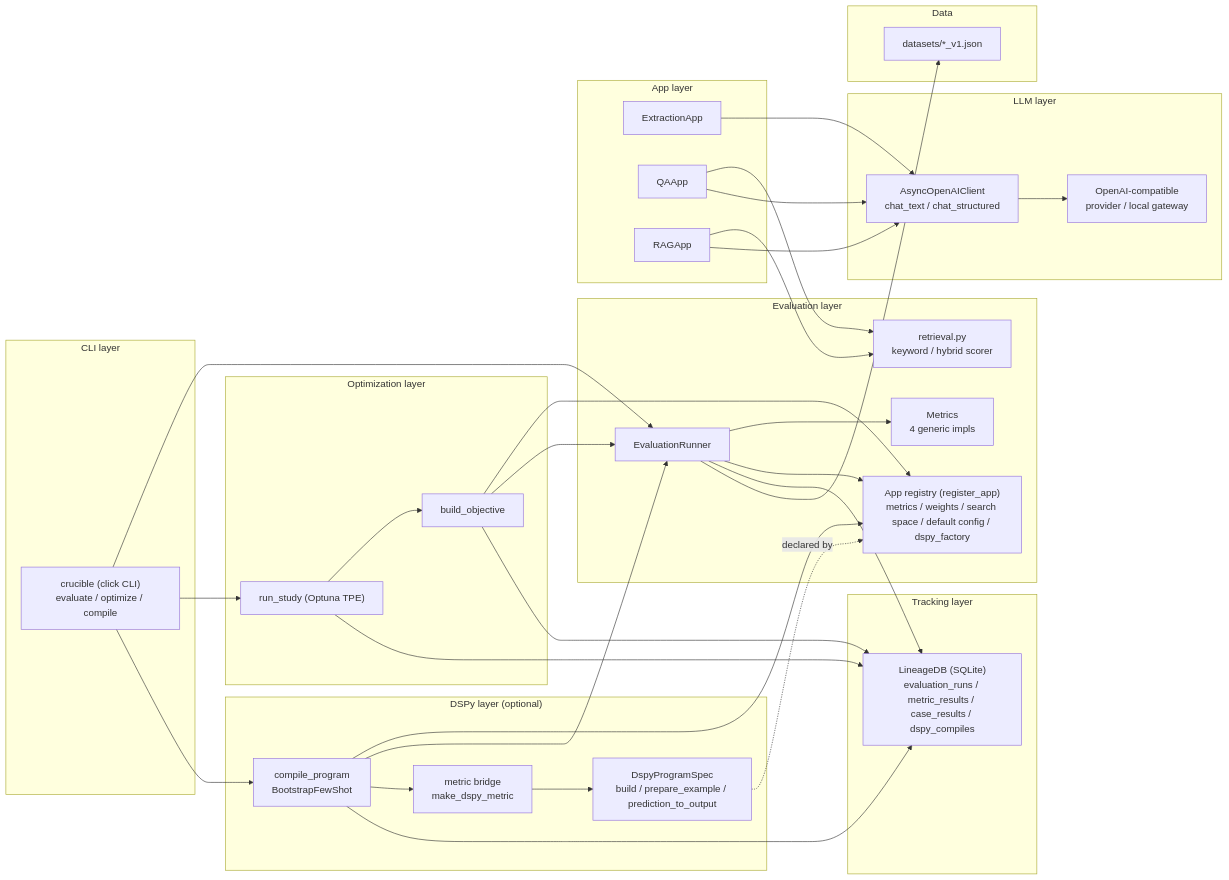
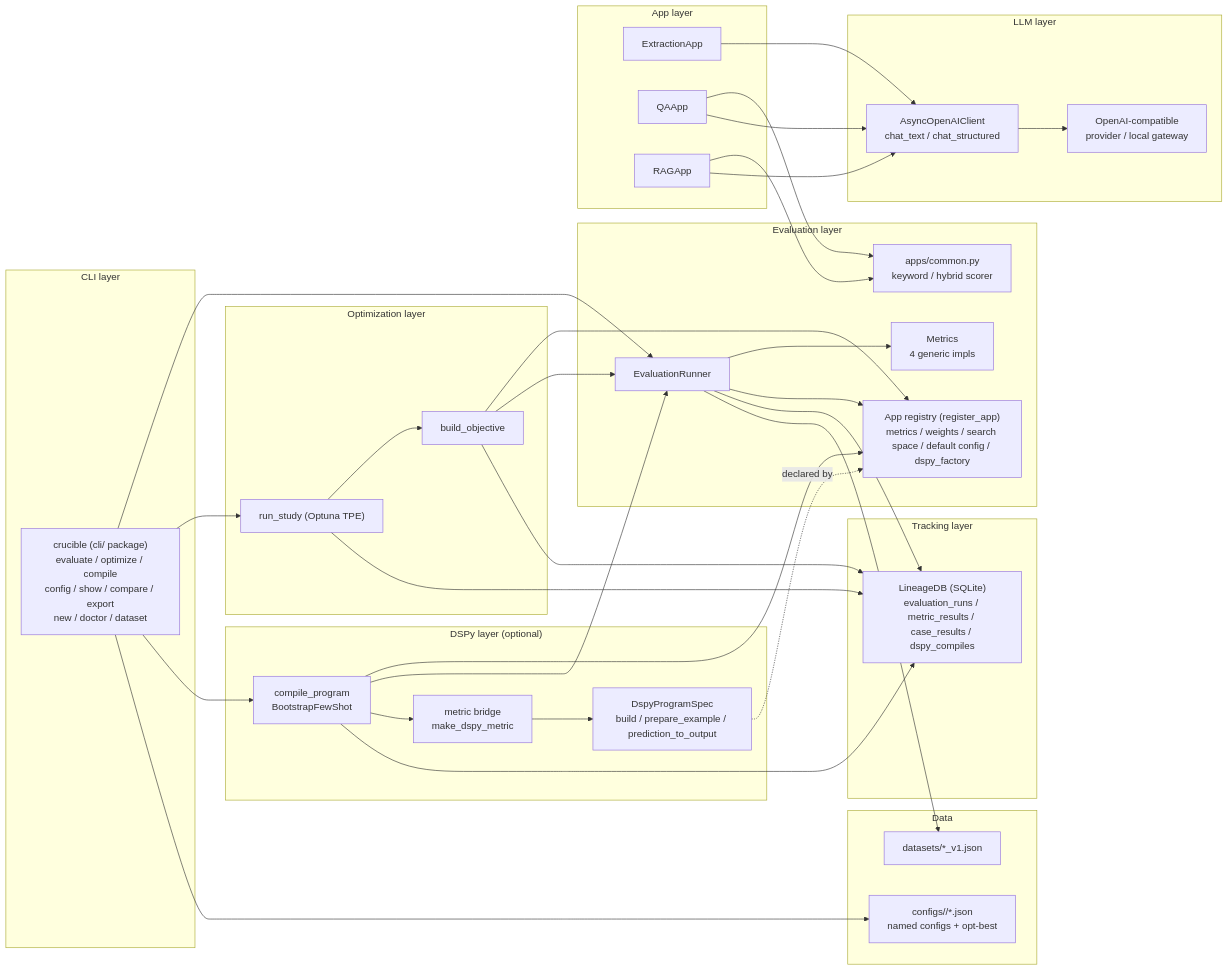
Before and after one commit to gamberooni/refinely: the first of 7 diagrams in docs/architecture.md, drawn with Mermaid. The commit also changed other lines of this file and 80 other files, not shown here.

First line of the commit message:
feat: named configs, run tags, model axis, dev ergonomics, cli package

````diff
--- a/docs/architecture.md
+++ b/docs/architecture.md
@@ -33,68 +35,70 @@
 ```mermaid
 flowchart LR
     subgraph CLI["CLI layer"]
-        C["crucible (click CLI)<br/>evaluate / optimize / compile"]
+        C["crucible (cli/ package)<br/>evaluate / optimize / compile<br/>config / show / compare / export<br/>new / doctor / dataset"]
     end
 
     subgraph EVAL["Evaluation layer"]
         RUN["EvaluationRunner"]
         MET["Metrics<br/>4 generic impls"]
         REG["App registry (register_app)<br/>metrics / weights / search space / default config / dspy_factory"]
-        RT["retrieval.py<br/>keyword / hybrid scorer"]
+        RT["apps/common.py<br/>keyword / hybrid scorer"]
     end
 
     subgraph OPT["Optimization layer"]
         OBJ["build_objective"]
         ST["run_study (Optuna TPE)"]
     end
 
     subgraph DSPY["DSPy layer (optional)"]
         SPEC["DspyProgramSpec<br/>build / prepare_example / prediction_to_output"]
         BRG["metric bridge<br/>make_dspy_metric"]
         COMP["compile_program<br/>BootstrapFewShot"]
     end
 
     subgraph APPS["App layer"]
         EX["ExtractionApp"]
         QA["QAApp"]
         RA["RAGApp"]
     end
 
     subgraph LLM["LLM layer"]
         CL["AsyncOpenAIClient<br/>chat_text / chat_structured"]
         GW["OpenAI-compatible<br/>provider / local gateway"]
     end
 
     subgraph TRACK["Tracking layer"]
         DB["LineageDB (SQLite)<br/>evaluation_runs / metric_results / case_results / dspy_compiles"]
     end
 
     subgraph DATA["Data"]
         DS["datasets/*_v1.json"]
+        CF["configs/<app>/*.json<br/>named configs + opt-best"]
     end
 
     C --> RUN
     C --> ST
     C --> COMP
+    C --> CF
     RUN --> MET
     RUN --> REG
     RUN --> DB
     RUN --> DS
     EX --> CL
     QA --> RT
     QA --> CL
     RA --> RT
     RA --> CL
     CL --> GW
     OBJ --> REG
     OBJ --> RUN
     OBJ --> DB
     ST --> OBJ
     ST --> DB
     COMP --> REG
     COMP --> RUN
     COMP --> BRG
     COMP --> DB
     BRG --> SPEC
     SPEC -. declared by .-> REG
 ```
````
